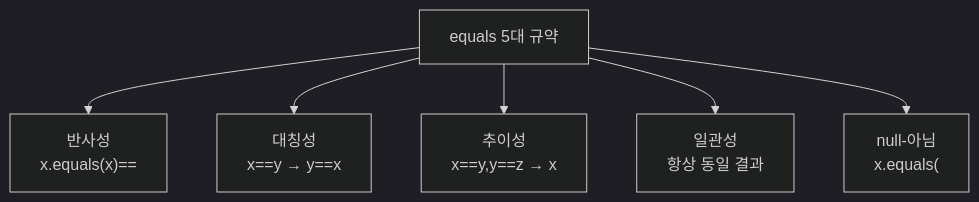
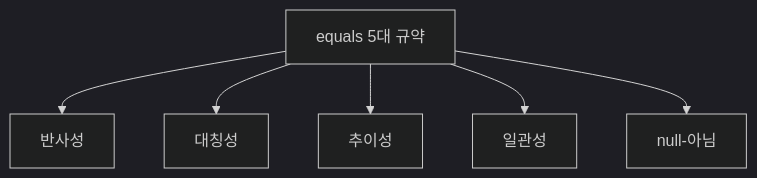
Before and after one commit to yjkim2015/yjkim2015.github.io: the first of 4 diagrams in _posts/java/2021-12-22-effective-java10.md, drawn with Mermaid (dark theme). The commit also changed other lines of this file and 217 other files, not shown here.

First line of the commit message:
Mermaid 크기 수정: useMaxWidth:true + SVG max-width:100% + 라벨 축소

````diff
--- a/_posts/java/2021-12-22-effective-java10.md
+++ b/_posts/java/2021-12-22-effective-java10.md
@@ -57,8 +57,8 @@
 ```mermaid
 graph TD
-    A["equals 5대 규약"] --> B["반사성\nx.equals(x)=="]
-    A --> C["대칭성\nx==y → y==x"]
-    A --> D["추이성\nx==y,y==z → x"]
-    A --> E["일관성\n항상 동일 결과"]
-    A --> F["null-아님\nx.equals("]
+    A["equals 5대 규약"] --> B["반사성"]
+    A --> C["대칭성"]
+    A --> D["추이성"]
+    A --> E["일관성"]
+    A --> F["null-아님"]
 ```
````
